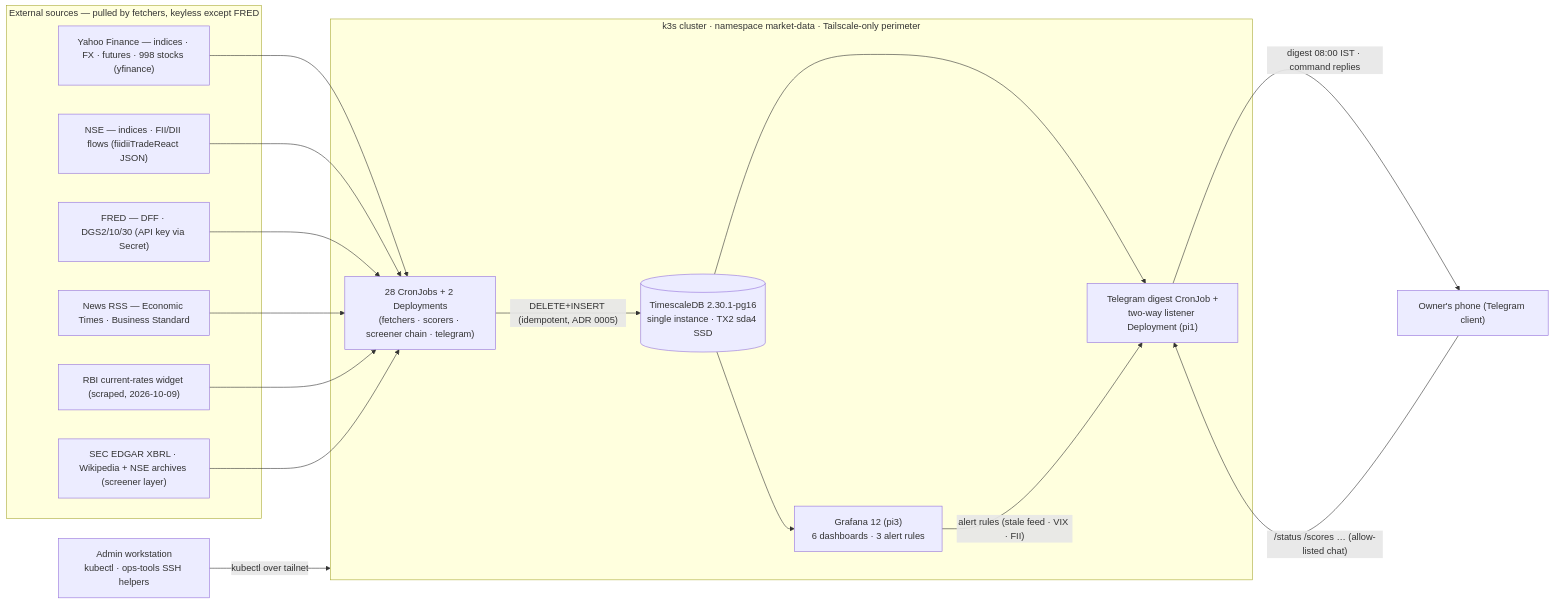
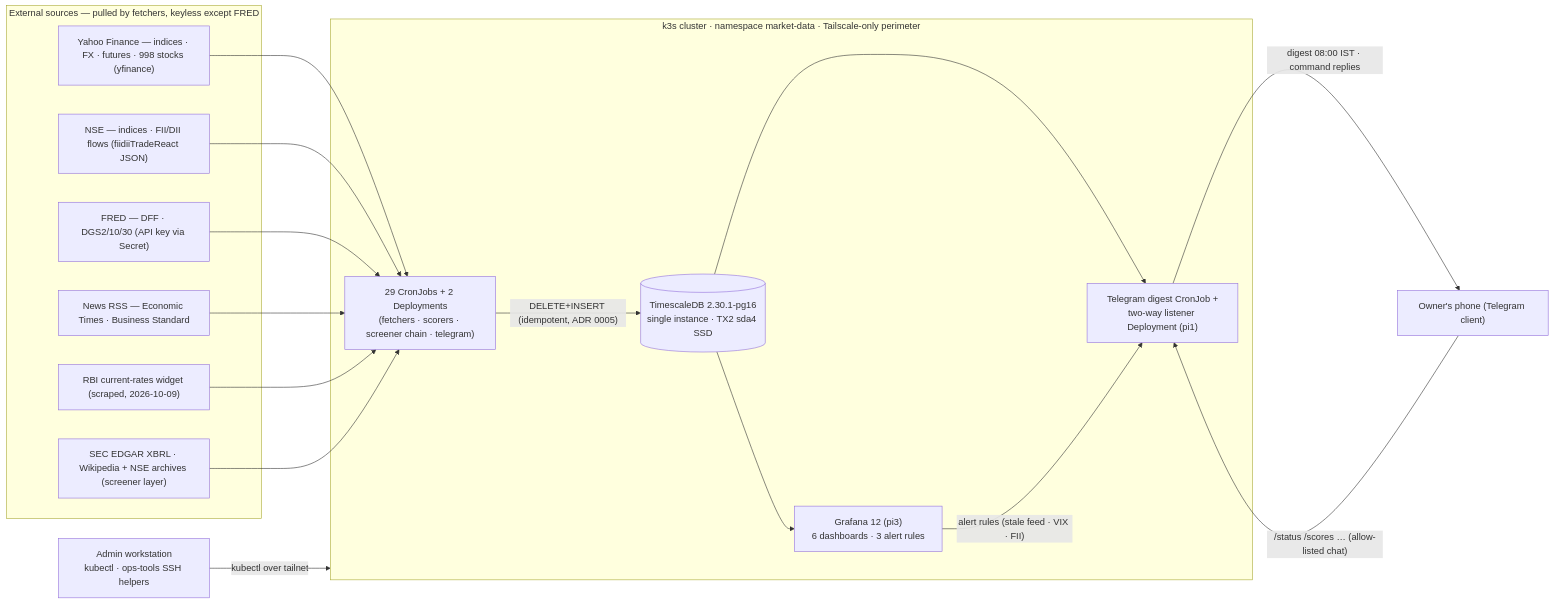
One commit to ahemanthyadav/-pi-market-pipeline changed the first of 9 diagrams in docs/market-data-architecture.md. Above: the diagram before and after it, drawn with Mermaid. The commit also changed other lines of this file and 13 other files, not shown here.

````diff
--- a/docs/market-data-architecture.md
+++ b/docs/market-data-architecture.md
@@ -69,35 +69,35 @@
 ```mermaid
 flowchart LR
     subgraph EXT["External sources — pulled by fetchers, keyless except FRED"]
         YF["Yahoo Finance — indices · FX · futures · 998 stocks (yfinance)"]
         NSE["NSE — indices · FII/DII flows (fiidiiTradeReact JSON)"]
         FRED["FRED — DFF · DGS2/10/30 (API key via Secret)"]
         RSS["News RSS — Economic Times · Business Standard"]
         RBIW["RBI current-rates widget (scraped, 2026-10-09)"]
         EDGR["SEC EDGAR XBRL · Wikipedia + NSE archives (screener layer)"]
     end
 
     subgraph K8S["k3s cluster · namespace market-data · Tailscale-only perimeter"]
-        JOBS["28 CronJobs + 2 Deployments<br/>(fetchers · scorers · screener chain · telegram)"]
+        JOBS["29 CronJobs + 2 Deployments<br/>(fetchers · scorers · screener chain · telegram)"]
         TSDB[("TimescaleDB 2.30.1-pg16<br/>single instance · TX2 sda4 SSD")]
         GRAF["Grafana 12 (pi3)<br/>6 dashboards · 3 alert rules"]
         TGB["Telegram digest CronJob +<br/>two-way listener Deployment (pi1)"]
     end
 
     ADMIN["Admin workstation<br/>kubectl · ops-tools SSH helpers"]
     PHONE["Owner's phone (Telegram client)"]
 
     YF --> JOBS
     NSE --> JOBS
     FRED --> JOBS
     RSS --> JOBS
     RBIW --> JOBS
     EDGR --> JOBS
     JOBS -- "DELETE+INSERT (idempotent, ADR 0005)" --> TSDB
     TSDB --> GRAF
     TSDB --> TGB
     GRAF -- "alert rules (stale feed · VIX · FII)" --> TGB
     TGB -- "digest 08:00 IST · command replies" --> PHONE
     PHONE -- "/status /scores … (allow-listed chat)" --> TGB
     ADMIN -- "kubectl over tailnet" --> K8S
 ```
````
